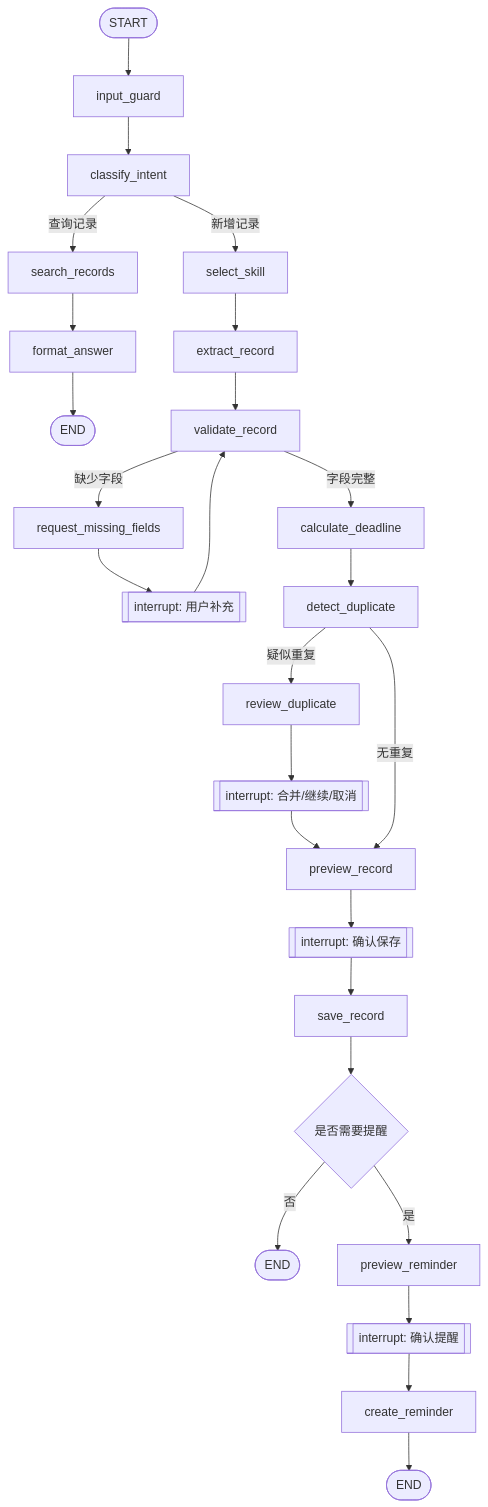
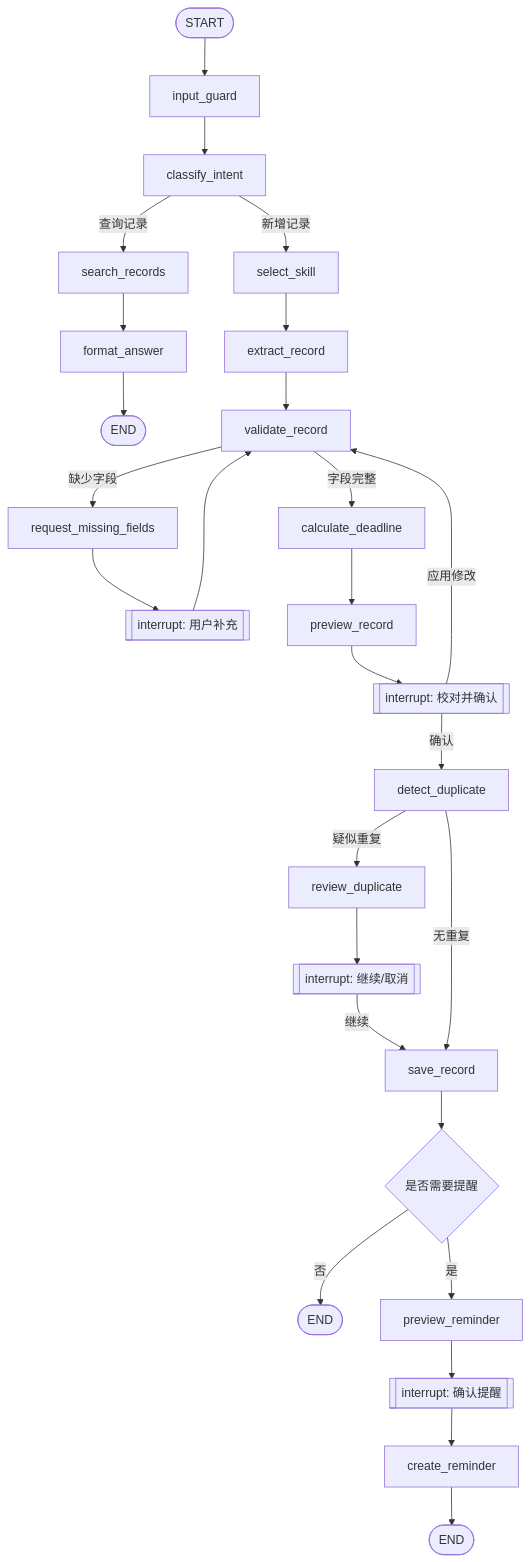
One commit to TurninQAQ/LifeVault changed the second of 3 diagrams in LifeVault架构方案.md. Above: the diagram before and after it, drawn with Mermaid. The commit also changed other lines of this file and 13 other files, not shown here.

Commit message:
Add editable record review workflow

````diff
--- a/LifeVault架构方案.md
+++ b/LifeVault架构方案.md
@@ -321,35 +321,35 @@
 ```mermaid
 flowchart TD
     START([START]) --> GUARD[input_guard]
     GUARD --> INTENT[classify_intent]
 
     INTENT -->|查询记录| SEARCH[search_records]
     SEARCH --> ANSWER[format_answer]
     ANSWER --> END1([END])
 
     INTENT -->|新增记录| SKILL[select_skill]
     SKILL --> EXTRACT[extract_record]
     EXTRACT --> VALIDATE[validate_record]
 
     VALIDATE -->|缺少字段| ASK[request_missing_fields]
     ASK --> I1[[interrupt: 用户补充]]
     I1 --> VALIDATE
 
     VALIDATE -->|字段完整| CALC[calculate_deadline]
-    CALC --> DUP[detect_duplicate]
+    CALC --> PREVIEW[preview_record]
+    PREVIEW --> I3[[interrupt: 校对并确认]]
+    I3 -->|应用修改| VALIDATE
+    I3 -->|确认| DUP[detect_duplicate]
 
     DUP -->|疑似重复| REVIEW_DUP[review_duplicate]
-    REVIEW_DUP --> I2[[interrupt: 合并/继续/取消]]
-    I2 --> PREVIEW[preview_record]
-
-    DUP -->|无重复| PREVIEW
-    PREVIEW --> I3[[interrupt: 确认保存]]
-    I3 --> SAVE[save_record]
+    REVIEW_DUP --> I2[[interrupt: 继续/取消]]
+    I2 -->|继续| SAVE[save_record]
+    DUP -->|无重复| SAVE
 
     SAVE --> REMINDER_Q{是否需要提醒}
     REMINDER_Q -->|否| END2([END])
     REMINDER_Q -->|是| PREVIEW_R[preview_reminder]
     PREVIEW_R --> I4[[interrupt: 确认提醒]]
     I4 --> CREATE_R[create_reminder]
     CREATE_R --> END3([END])
 ```
````
